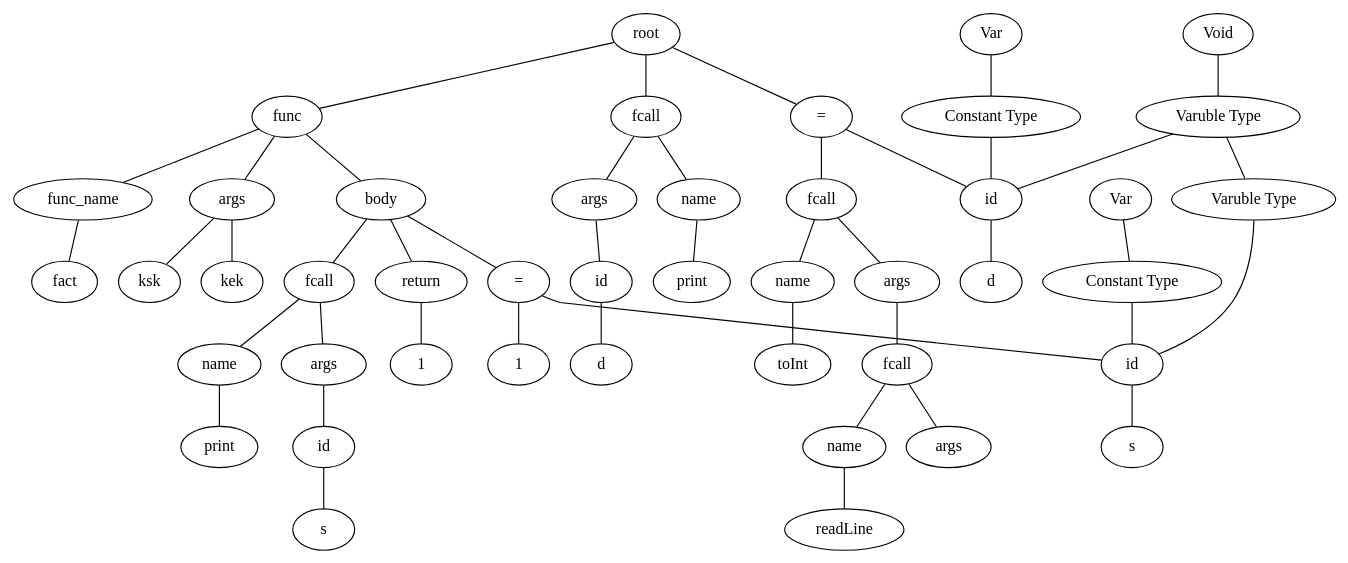
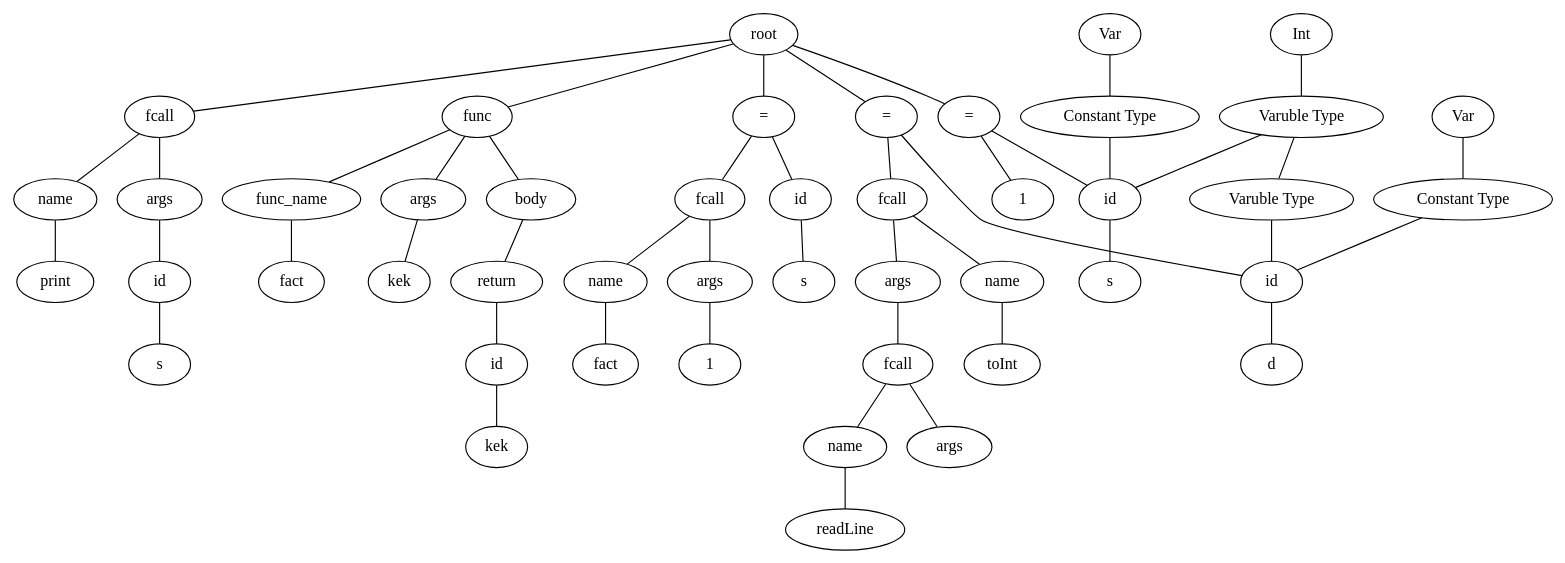
One commit to TAIIOK/SwiftCompilerToJavaByteCode changed the diagram in build/file.dot. Above: the diagram before and after it, drawn with Graphviz. The commit also changed 9 other files, not shown here.

```diff
--- a/build/file.dot
+++ b/build/file.dot
@@ -1,91 +1,95 @@
 graph graphname {
 root;
 func0[label = "func"];
 root--func0;
 func0name[label = "func_name"];
 expr0[label = "fact"];
 func0name--expr0;
 func0--func0name;
 func0args[label = " args "];
 func0 -- func0args;
 expr1[label = "kek"];
 func0args--expr1;
-expr2[label = "ksk"];
-func0args--expr2;
 func0body[label = " body "];
 func0 -- func0body;
-assign0[label = "="];
-func0body--assign0;
-expr3[label = "id"];
-assign0--expr3;
+return0[label = "return"];
+func0body--return0;
+expr2[label = "id"];
+return0--expr2;
+expr3[label = "kek"];
+expr2--expr3;
+assign1[label = "="];
+root--assign1;
+expr4[label = "id"];
+assign1--expr4;
 type0[label = "Varuble Type"];
-type0--expr3;
-type1[label = "Int"];
+type0--expr4;
+type1[label = "Void"];
 type1--type0;
 consttype0[label = "Constant Type"];
-consttype0--expr3;
+consttype0--expr4;
 consttype1[label = "Var"];
 consttype1--consttype0;
-expr4[label = "s"];
-expr3--expr4;
-expr5[label = "1"];
-assign0--expr5;
+expr5[label = "d"];
+expr4--expr5;
 expr6[label = "fcall"];
-func0body--expr6;
+assign1--expr6;
 expr6name[label = "name"];
-expr7[label = "print"];
+expr7[label = "toInt"];
 expr6name--expr7;
 expr6--expr6name;
 expr6args[label = " args "];
 expr6 -- expr6args;
-expr8[label = "id"];
+expr8[label = "fcall"];
 expr6args--expr8;
-expr9[label = "s"];
-expr8--expr9;
-return1[label = "return"];
-func0body--return1;
-expr10[label = "1"];
-return1--expr10;
+expr8name[label = "name"];
+expr9[label = "readLine"];
+expr8name--expr9;
+expr8--expr8name;
+expr8args[label = " args "];
+expr8 -- expr8args;
 assign2[label = "="];
 root--assign2;
-expr11[label = "id"];
-assign2--expr11;
+expr10[label = "id"];
+assign2--expr10;
 type1[label = "Varuble Type"];
-type1--expr11;
-type2[label = "Void"];
+type1--expr10;
+type2[label = "Int"];
 type2--type1;
 consttype2[label = "Constant Type"];
-consttype2--expr11;
+consttype2--expr10;
 consttype3[label = "Var"];
 consttype3--consttype2;
-expr12[label = "d"];
-expr11--expr12;
-expr13[label = "fcall"];
-assign2--expr13;
-expr13name[label = "name"];
-expr14[label = "toInt"];
-expr13name--expr14;
-expr13--expr13name;
-expr13args[label = " args "];
-expr13 -- expr13args;
+expr11[label = "s"];
+expr10--expr11;
+expr12[label = "1"];
+assign2--expr12;
+assign3[label = "="];
+root--assign3;
+expr13[label = "id"];
+assign3--expr13;
+expr14[label = "s"];
+expr13--expr14;
 expr15[label = "fcall"];
-expr13args--expr15;
+assign3--expr15;
 expr15name[label = "name"];
-expr16[label = "readLine"];
+expr16[label = "fact"];
 expr15name--expr16;
 expr15--expr15name;
 expr15args[label = " args "];
 expr15 -- expr15args;
-expr17[label = "fcall"];
-root--expr17;
-expr17name[label = "name"];
-expr18[label = "print"];
-expr17name--expr18;
-expr17--expr17name;
-expr17args[label = " args "];
-expr17 -- expr17args;
-expr19[label = "id"];
-expr17args--expr19;
-expr20[label = "d"];
-expr19--expr20;
+expr17[label = "1"];
+expr15args--expr17;
+expr18[label = "fcall"];
+root--expr18;
+expr18name[label = "name"];
+expr19[label = "print"];
+expr18name--expr19;
+expr18--expr18name;
+expr18args[label = " args "];
+expr18 -- expr18args;
+expr20[label = "id"];
+expr18args--expr20;
+expr21[label = "s"];
+expr20--expr21;
 }
```
